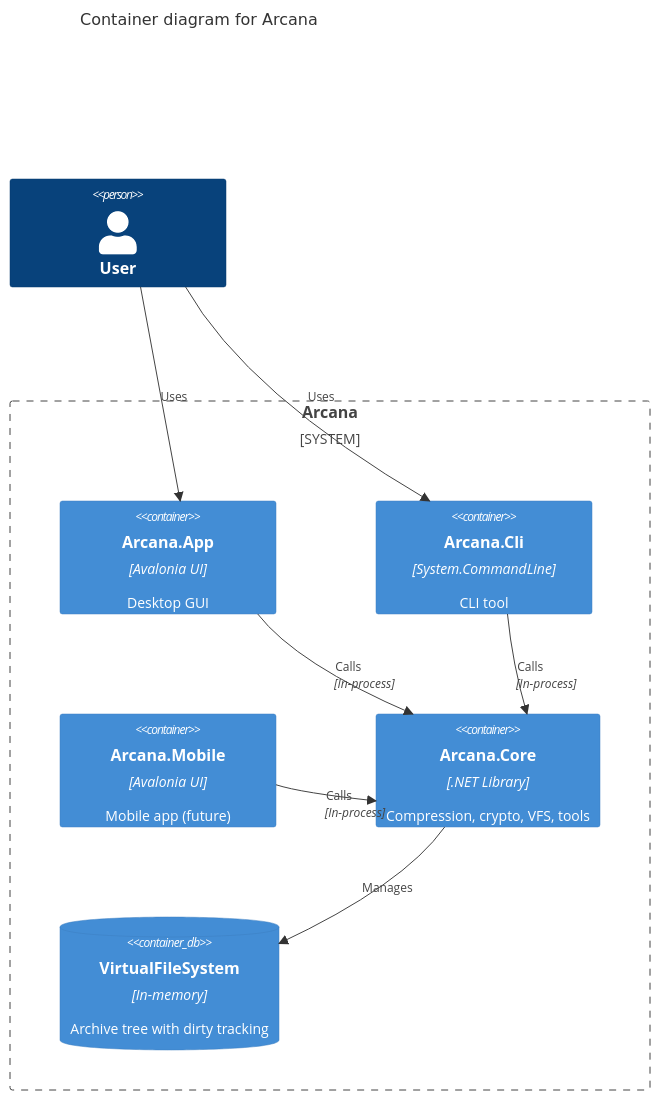
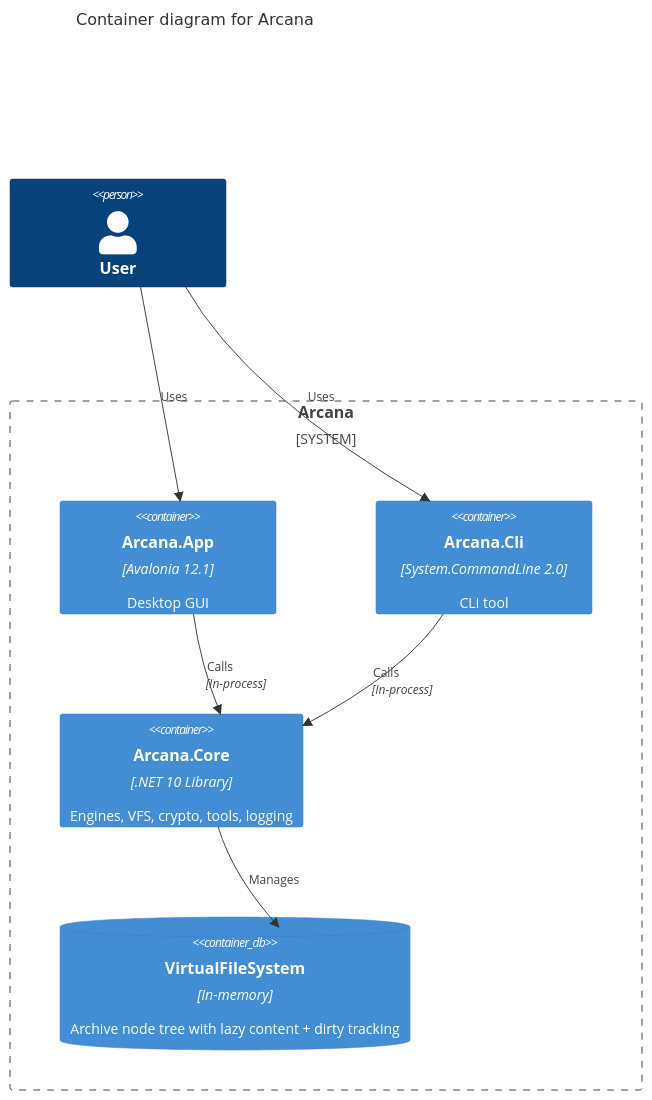
The second of 10 diagrams in docs/ARCHITECTURE.md (marcelofrau/arcana), drawn with Mermaid before and after one commit. The commit also changed other lines of this file and 19 other files, not shown here.

Commit message:
docs: rewrite full documentation suite (architecture, specs, roadmap, API, security, README)

````diff
--- a/docs/ARCHITECTURE.md
+++ b/docs/ARCHITECTURE.md
@@ -26,20 +27,18 @@
 ```mermaid
 C4Container
   title Container diagram for Arcana
   Person(user, "User")
 
   System_Boundary(arcana, "Arcana") {
-    Container(gui, "Arcana.App", "Avalonia UI", "Desktop GUI")
-    Container(cli, "Arcana.Cli", "System.CommandLine", "CLI tool")
-    Container(mobile, "Arcana.Mobile", "Avalonia UI", "Mobile app (future)")
-    Container(core, "Arcana.Core", ".NET Library", "Compression, crypto, VFS, tools")
-    ContainerDb(vfs, "VirtualFileSystem", "In-memory", "Archive tree with dirty tracking")
+    Container(gui, "Arcana.App", "Avalonia 12.1", "Desktop GUI")
+    Container(cli, "Arcana.Cli", "System.CommandLine 2.0", "CLI tool")
+    Container(core, "Arcana.Core", ".NET 10 Library", "Engines, VFS, crypto, tools, logging")
+    ContainerDb(vfs, "VirtualFileSystem", "In-memory", "Archive node tree with lazy content + dirty tracking")
   }
 
   Rel(user, gui, "Uses")
   Rel(user, cli, "Uses")
   Rel(gui, core, "Calls", "In-process")
   Rel(cli, core, "Calls", "In-process")
-  Rel(mobile, core, "Calls", "In-process")
   Rel(core, vfs, "Manages")
 ```
````
